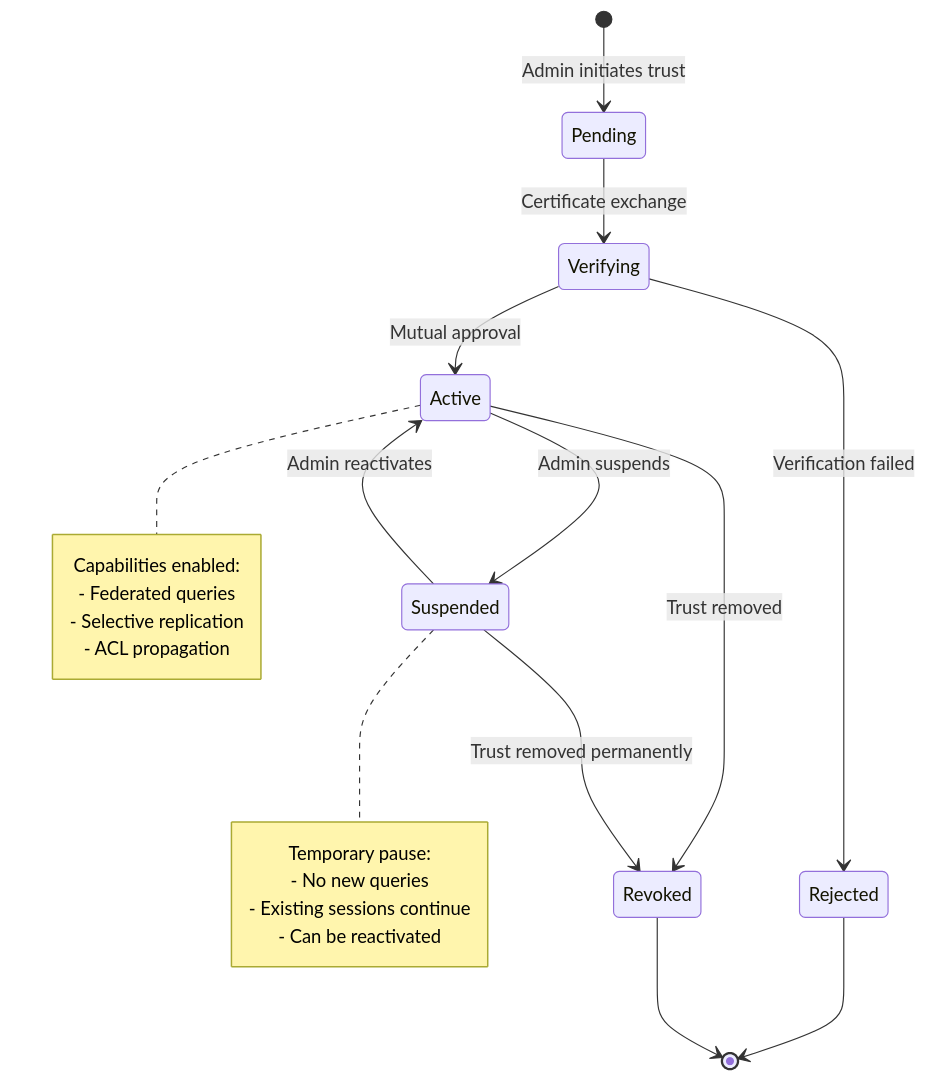
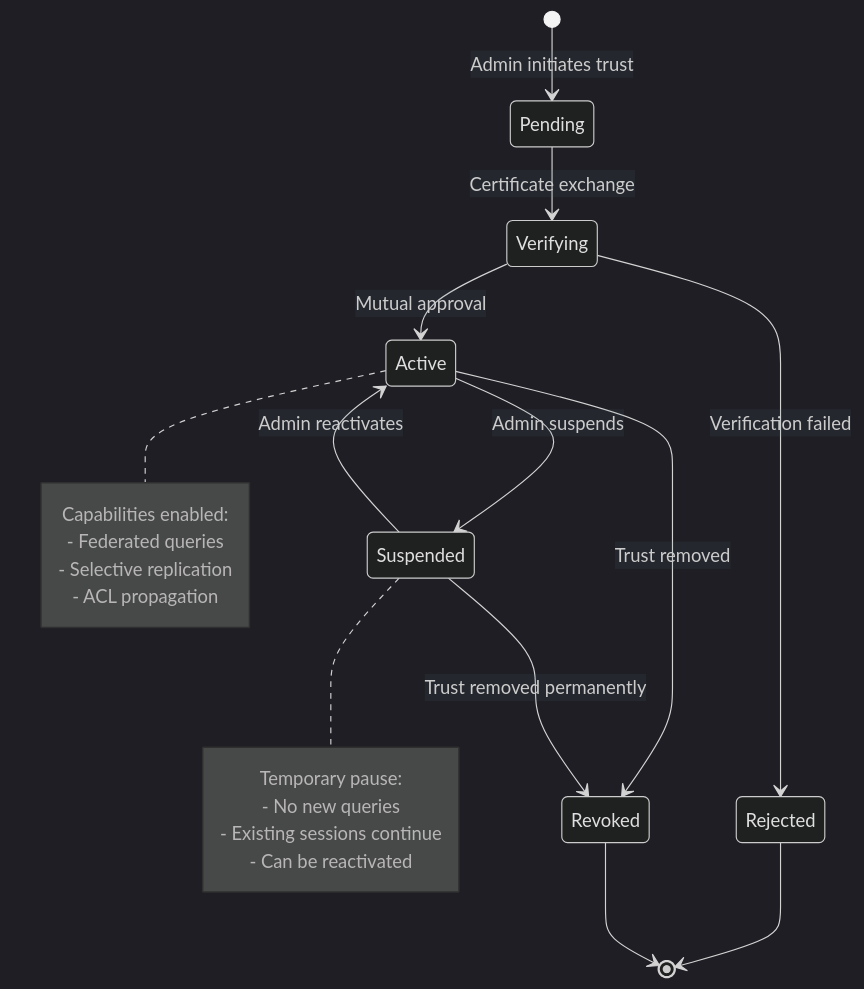
One commit to veics/rage_pitch changed the eighth of 24 diagrams in docs/ARCHITECTURE.md. Above: the diagram before and after it, drawn with Mermaid. The commit also changed other lines of this file and 8 other files, not shown here.

````diff
--- a/docs/ARCHITECTURE.md
+++ b/docs/ARCHITECTURE.md
@@ -421,31 +457,32 @@
 ```mermaid
+%%{init: {'theme':'dark', 'flowchart': {'nodeSpacing': 30, 'rankSpacing': 40, 'curve': 'basis'}, 'themeVariables': {'labelBackground':'rgba(38, 50, 56, 0.1)'}}}%%
 stateDiagram-v2
     [*] --> Pending: Admin initiates trust
     
     Pending --> Verifying: Certificate exchange
     Verifying --> Active: Mutual approval
     Verifying --> Rejected: Verification failed
     
     Active --> Suspended: Admin suspends
     Active --> Revoked: Trust removed
     
     Suspended --> Active: Admin reactivates
     Suspended --> Revoked: Trust removed permanently
     
     Rejected --> [*]
     Revoked --> [*]
     
     note right of Active
         Capabilities enabled:
         - Federated queries
         - Selective replication
         - ACL propagation
     end note
     
     note right of Suspended
         Temporary pause:
         - No new queries
         - Existing sessions continue
         - Can be reactivated
     end note
 ```
````
